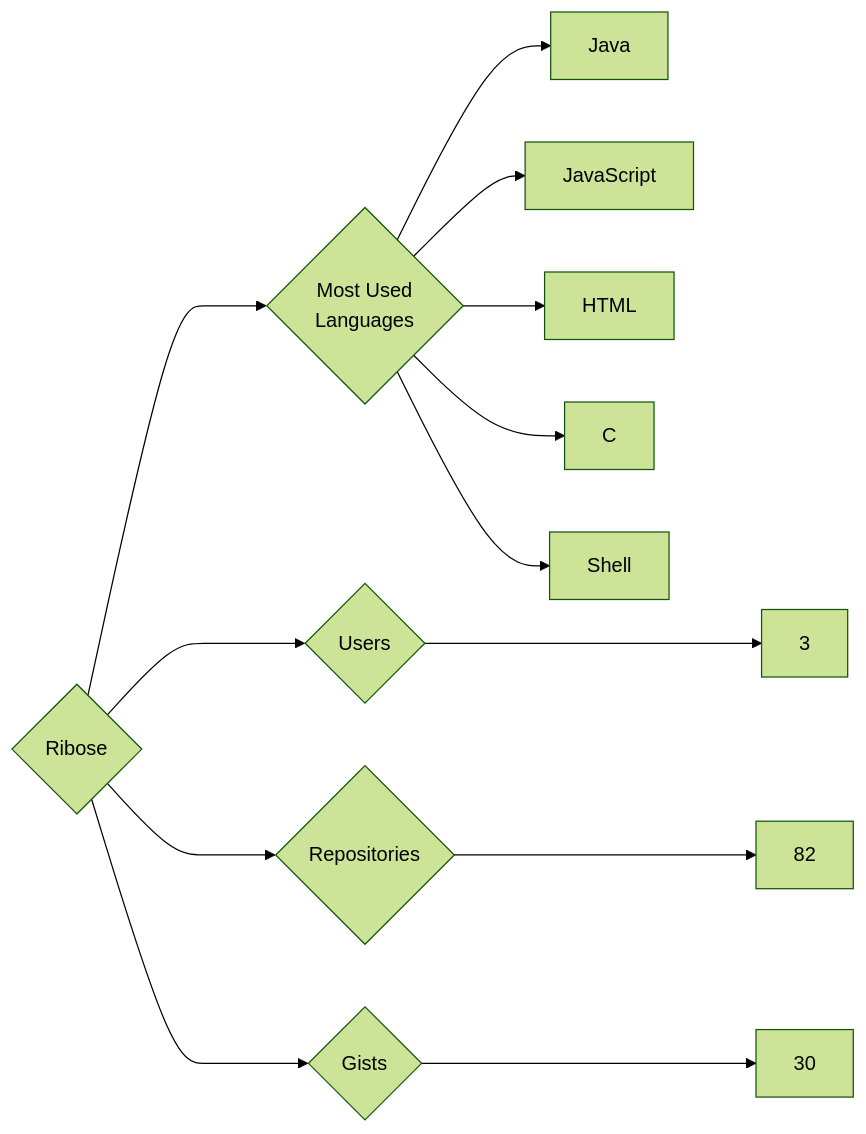
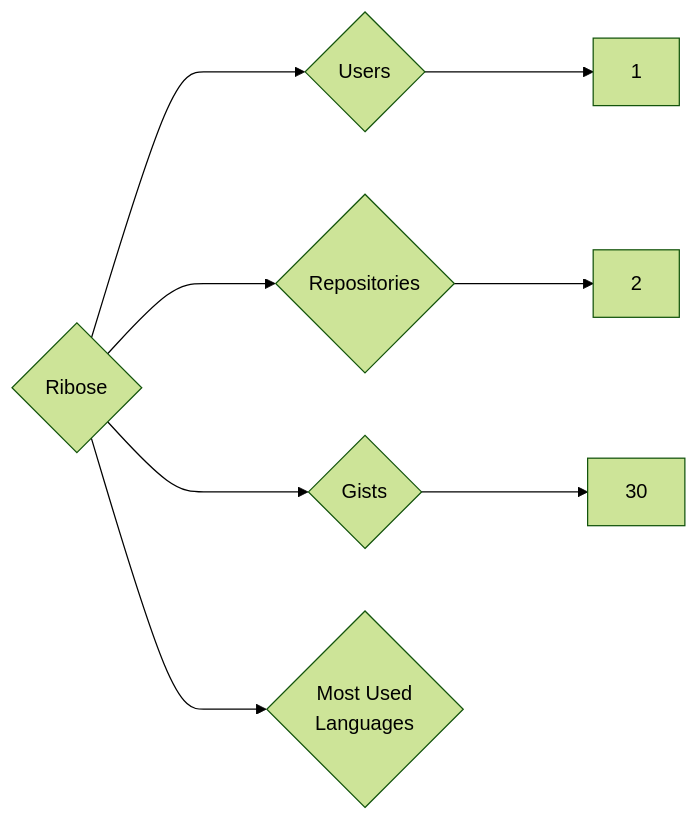
Before and after one commit to trickest/insiders: the diagram in targets/Ribose/README.md, drawn with Mermaid (forest theme). The commit also changed 823 other files, not shown here.

````diff
--- a/targets/Ribose/README.md
+++ b/targets/Ribose/README.md
@@ -3,13 +3,8 @@
 ```mermaid
 graph LR
 COMPANY_NAME{Ribose}
-COMPANY_NAME ---> U{Users} ---> UN[3]
-COMPANY_NAME ---> R{Repositories} ---> RN[82]
+COMPANY_NAME ---> U{Users} ---> UN[1]
+COMPANY_NAME ---> R{Repositories} ---> RN[2]
 COMPANY_NAME ---> G{Gists} ---> GN[30]
 COMPANY_NAME ---> ML{Most Used<br>Languages}
-ML --> Java[Java]
-ML --> JavaScript[JavaScript]
-ML --> HTML[HTML]
-ML --> C[C]
-ML --> Shell[Shell]
 ```
````
